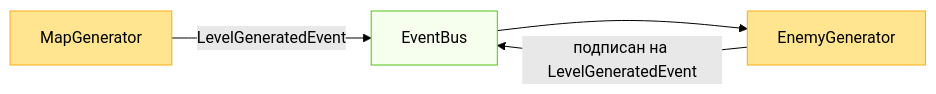
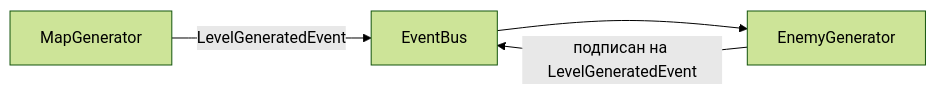
Before and after one commit to BlizzyIxyz/Code-Standards: the second of 3 diagrams in Unity Modular-Layered Architecture.md, drawn with Mermaid (forest theme). The commit also changed other lines of this file, not shown here.

Commit message:
Update Unity Modular-Layered Architecture.md

````diff
--- a/Unity Modular-Layered Architecture.md
+++ b/Unity Modular-Layered Architecture.md
@@ -141,10 +133,6 @@
 ```mermaid
 graph LR
     MapGenerator -->|LevelGeneratedEvent| EventBus
     EnemyGenerator -->|подписан на LevelGeneratedEvent| EventBus
     EventBus --> EnemyGenerator
-    
-    style MapGenerator fill:#ffe58f,stroke:#faad14
-    style EnemyGenerator fill:#ffe58f,stroke:#faad14
-    style EventBus fill:#f6ffed,stroke:#52c41a
 ```
````
